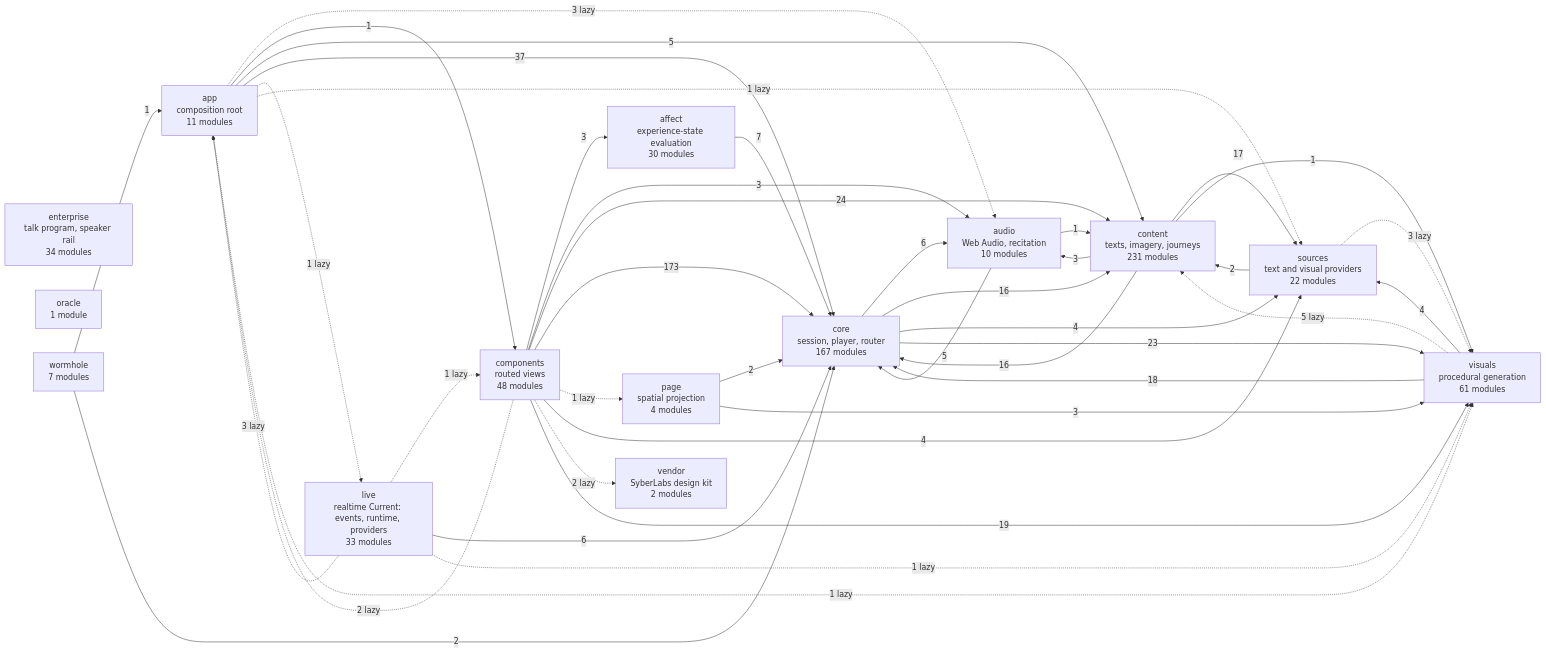
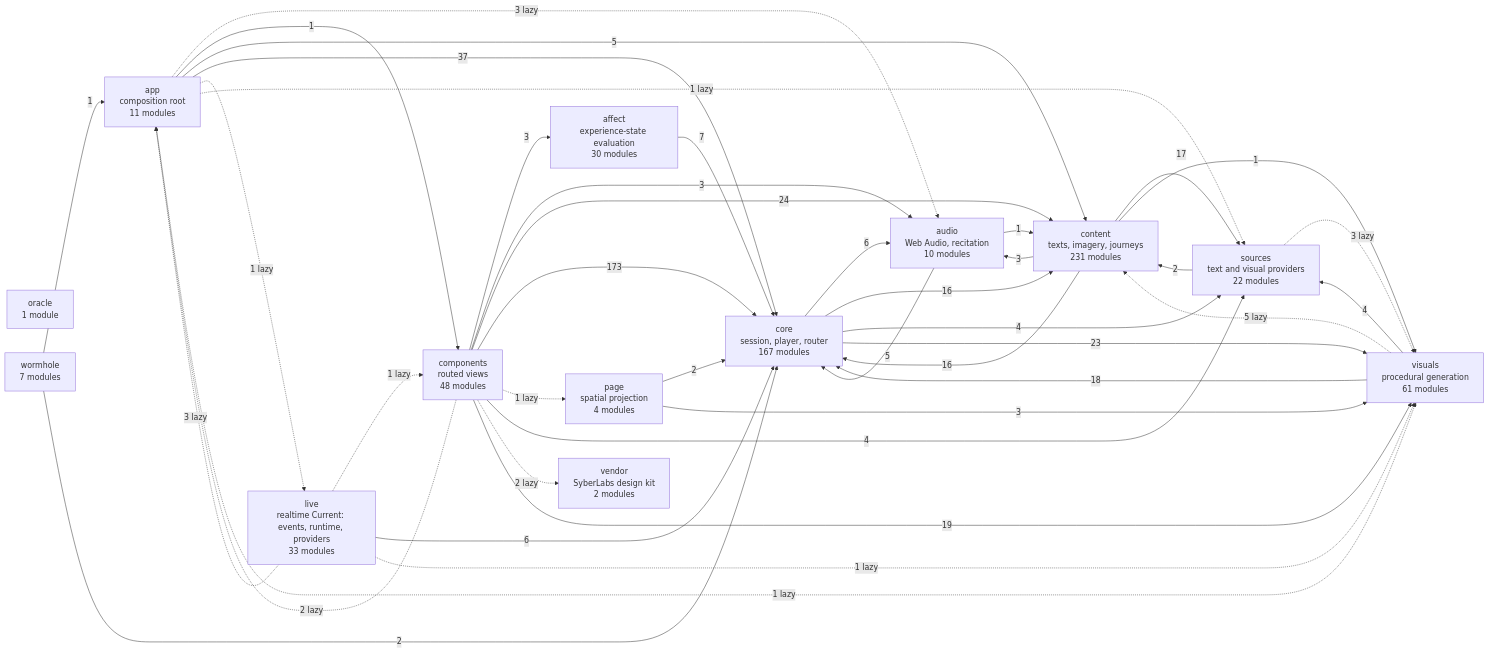
The diagram in docs/specs/ARCHITECTURE.md (SyberLabs/RISE), drawn with Mermaid before and after one commit. The commit also changed other lines of this file and 65 other files, not shown here.

````diff
--- a/docs/specs/ARCHITECTURE.md
+++ b/docs/specs/ARCHITECTURE.md
@@ -160,58 +160,57 @@
 ```mermaid
 flowchart LR
     affect["affect<br/>experience-state evaluation<br/>30 modules"]
     app["app<br/>composition root<br/>11 modules"]
     audio["audio<br/>Web Audio, recitation<br/>10 modules"]
     components["components<br/>routed views<br/>48 modules"]
     content["content<br/>texts, imagery, journeys<br/>231 modules"]
     core["core<br/>session, player, router<br/>167 modules"]
-    enterprise["enterprise<br/>talk program, speaker rail<br/>34 modules"]
     live["live<br/>realtime Current: events, runtime, providers<br/>33 modules"]
     oracle["oracle<br/>1 module"]
     page["page<br/>spatial projection<br/>4 modules"]
     sources["sources<br/>text and visual providers<br/>22 modules"]
     vendor["vendor<br/>SyberLabs design kit<br/>2 modules"]
     visuals["visuals<br/>procedural generation<br/>61 modules"]
     wormhole["wormhole<br/>7 modules"]
 
     affect --> |7| core
     app -.-> |3 lazy| audio
     app --> |1| components
     app --> |5| content
     app --> |37| core
     app -.-> |1 lazy| live
     app -.-> |1 lazy| sources
     app -.-> |1 lazy| visuals
     audio --> |1| content
     audio --> |5| core
     components --> |3| affect
     components -.-> |2 lazy| app
     components --> |3| audio
     components --> |24| content
     components --> |173| core
     components -.-> |1 lazy| page
     components --> |4| sources
     components -.-> |2 lazy| vendor
     components --> |19| visuals
     content --> |3| audio
     content --> |16| core
     content --> |17| sources
     content --> |1| visuals
     core --> |6| audio
     core --> |16| content
     core --> |4| sources
     core --> |23| visuals
     live -.-> |3 lazy| app
     live -.-> |1 lazy| components
     live --> |6| core
     live -.-> |1 lazy| visuals
     page --> |2| core
     page --> |3| visuals
     sources --> |2| content
     sources -.-> |3 lazy| visuals
     visuals -.-> |5 lazy| content
     visuals --> |18| core
     visuals --> |4| sources
     wormhole --> |1| app
     wormhole --> |2| core
 ```
````
